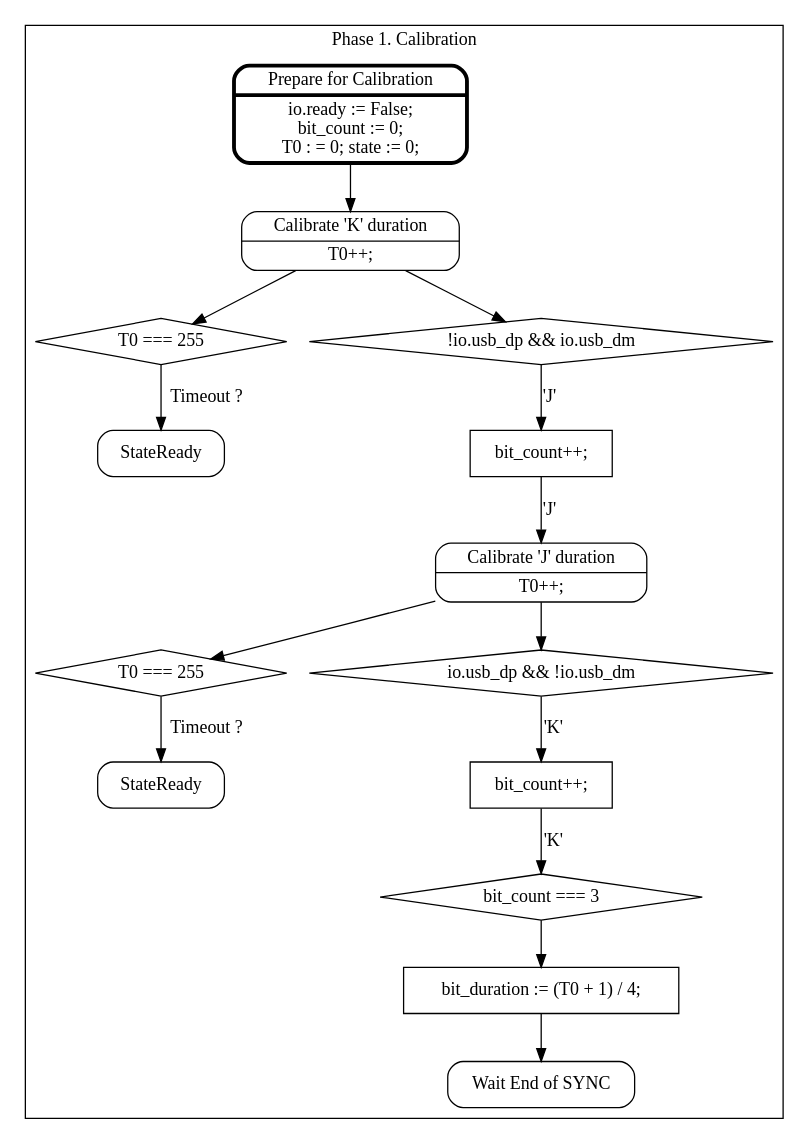
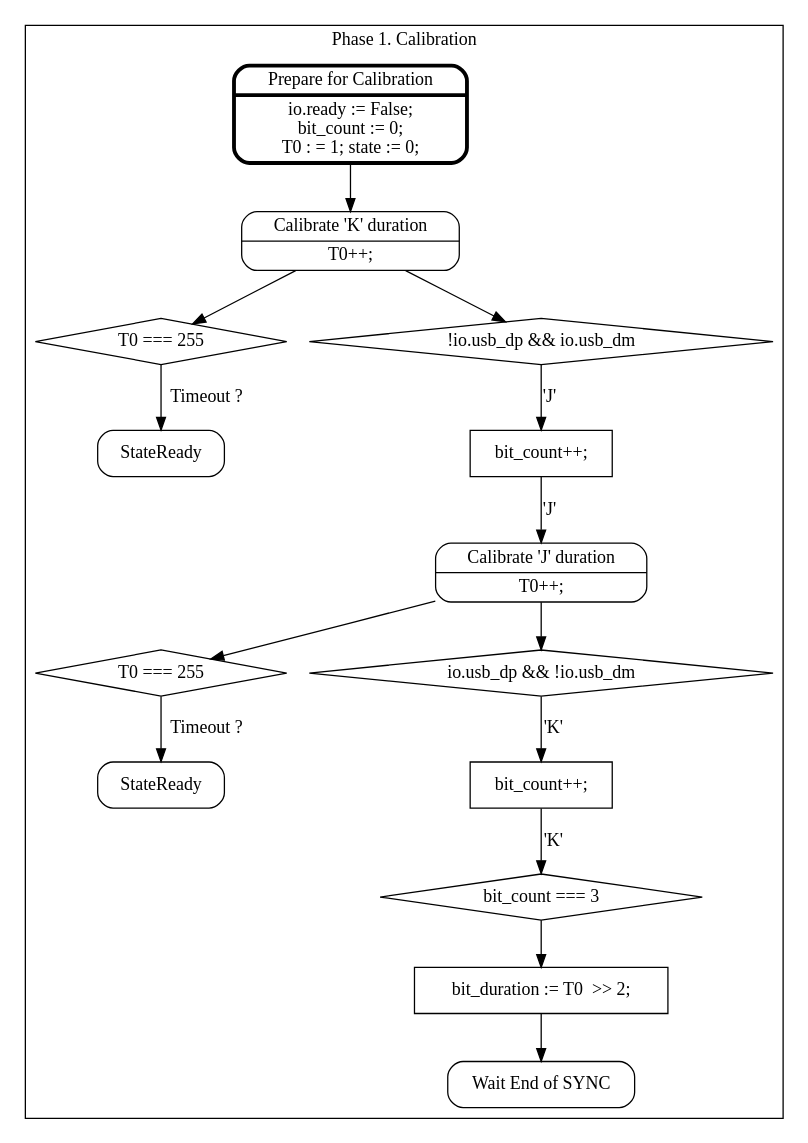
The diagram in doc/graphs/USB10/USBReceiver1.dot (pointcheck/KarnixSOC), drawn with Graphviz before and after one commit. The commit also changed 5 other files, not shown here.

Commit message:
USB10: Update FSM diagrams

```diff
--- a/doc/graphs/USB10/USBReceiver1.dot
+++ b/doc/graphs/USB10/USBReceiver1.dot
@@ -1,33 +1,33 @@
 digraph USBReceiver {
 
 	subgraph cluster_1 {
 	
 		label = "Phase 1. Calibration"
 		node [shape=Mrecord]; // Shape of the nodes
 		rankdir=TB; // Layout from top to bottom
 	
-		StatePrepForCal [penwidth=3, label = "{Prepare for Calibration|io.ready := False;\nbit_count := 0;\nT0 : = 0; state := 0;}"];
+		StatePrepForCal [penwidth=3, label = "{Prepare for Calibration|io.ready := False;\nbit_count := 0;\nT0 : = 1; state := 0;}"];
 	
 		StatePrepForCal-> StateCalibrateK; StateCalibrateK [label = "{Calibrate 'K' duration|T0++;}"];
 	
 		StateCalibrateK -> CalibrateKTimeout_diamond; CalibrateKTimeout_diamond [shape = "diamond", label = "T0 === 255"];
 		CalibrateKTimeout_diamond -> StateReady0[label = "Timeout ?"]; StateReady0[label = "StateReady"];
 	
 	
 		StateCalibrateK -> JReceived_diamond; JReceived_diamond [shape = "diamond", label = "!io.usb_dp && io.usb_dm"];
 	 	JReceived_diamond -> StateCalibrateK_box[label = "'J'"]; StateCalibrateK_box [shape = "box", label = "bit_count++;"];
 		StateCalibrateK_box -> StateCalibrateJ[label = "'J'"]; StateCalibrateJ [label = "{Calibrate 'J' duration|T0++;}"];
 	
 		StateCalibrateJ -> StateCalibrateJTimeout_diamond; StateCalibrateJTimeout_diamond[shape = "diamond", label = "T0 === 255"];
 		StateCalibrateJTimeout_diamond -> StateReady1[label = "Timeout ?"]; StateReady1[label = "StateReady"];
 	
 		StateCalibrateJ -> KReceived_diamond; KReceived_diamond [shape = "diamond", label = "io.usb_dp && !io.usb_dm"];
 		KReceived_diamond -> StateCalibrateJ_box[label = "'K'"]; StateCalibrateJ_box [shape = "box", label = "bit_count++;"]
 		StateCalibrateJ_box -> StateCalibrateJ_diamond[label = "'K'"]; StateCalibrateJ_diamond [shape = "diamond", label = "bit_count === 3"];
-		StateCalibrateJ_diamond -> StateWaitEndOfSYNC0_box; StateWaitEndOfSYNC0_box[shape = "box", label = "bit_duration := (T0 + 1) / 4;"];
+		StateCalibrateJ_diamond -> StateWaitEndOfSYNC0_box; StateWaitEndOfSYNC0_box[shape = "box", label = "bit_duration := T0  >> 2;"];
 		StateWaitEndOfSYNC0_box -> StateWaitEndOfSYNC0; StateWaitEndOfSYNC0[label = "Wait End of SYNC"];
 		
 		//StateCalibrateJ_diamond -> StateCalibrateK
 	}
 		
 }
```
